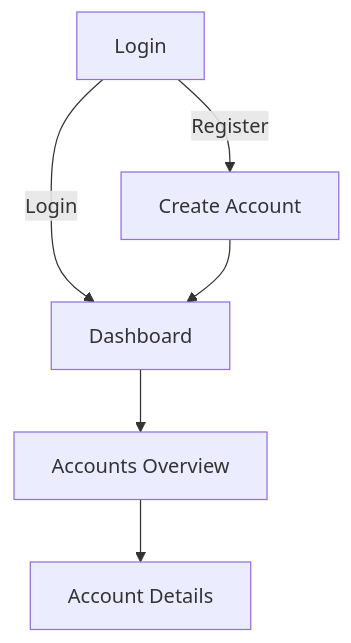
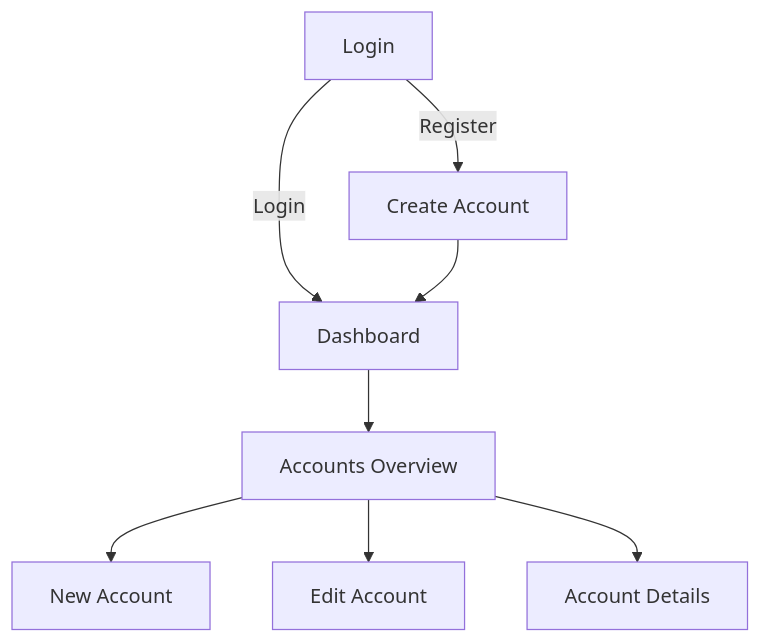
One commit to matiashei/ot-harjoitustyo changed the first of 2 diagrams in dokumentaatio/vaatimusmaarittely.md. Above: the diagram before and after it, drawn with Mermaid.

Commit message:
Revise account flowchart in requirement specification
Updated account flowchart to include new account and edit account options.

````diff
--- a/dokumentaatio/vaatimusmaarittely.md
+++ b/dokumentaatio/vaatimusmaarittely.md
@@ -16,10 +16,12 @@
 ```mermaid
 flowchart TD
 
 A[Login] -->|Login| C[Dashboard]
 A -->|Register| B[Create Account]
 B --> C
 
 C --> D[Accounts Overview]
-D --> E[Account Details]
+D --> E[New Account]
+D --> F[Edit Account]
+D --> G[Account Details]
 ```
````
